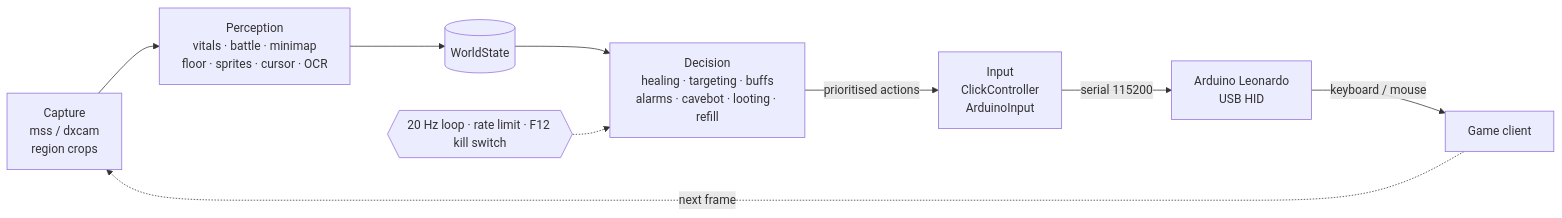
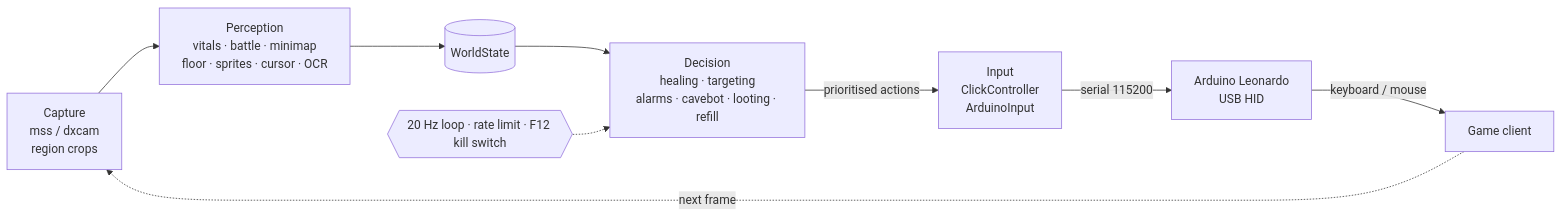
The first of 2 diagrams in README.md (Mascotte33/Moonlight), drawn with Mermaid before and after one commit. The commit also changed other lines of this file and 14 other files, not shown here.

````diff
--- a/README.md
+++ b/README.md
@@ -36,11 +36,11 @@
 ```mermaid
 flowchart LR
     CAP["Capture<br/>mss / dxcam<br/>region crops"] --> PER["Perception<br/>vitals · battle · minimap<br/>floor · sprites · cursor · OCR"]
     PER --> WS[("WorldState")]
-    WS --> DEC["Decision<br/>healing · targeting · buffs<br/>alarms · cavebot · looting · refill"]
+    WS --> DEC["Decision<br/>healing · targeting<br/>alarms · cavebot · looting · refill"]
     DEC -->|prioritised actions| IN["Input<br/>ClickController<br/>ArduinoInput"]
     IN -->|serial 115200| ARD["Arduino Leonardo<br/>USB HID"]
     ARD -->|keyboard / mouse| GAME["Game client"]
     GAME -.->|next frame| CAP
     LOOP{{"20 Hz loop · rate limit · F12 kill switch"}} -.-> DEC
 ```
````
